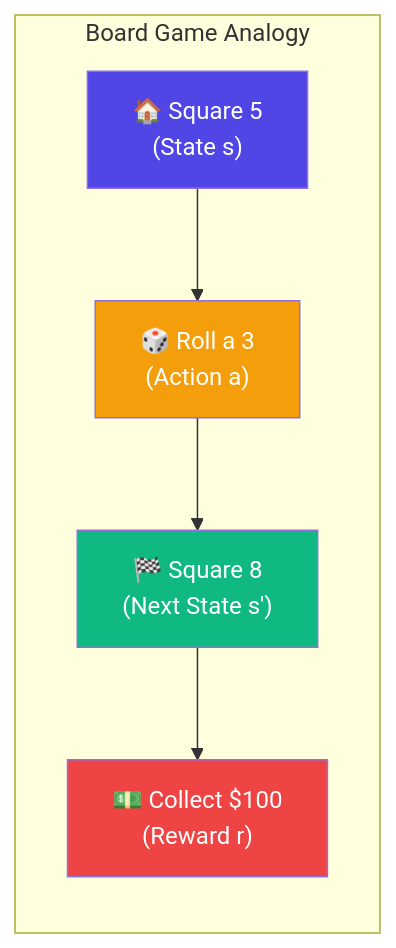
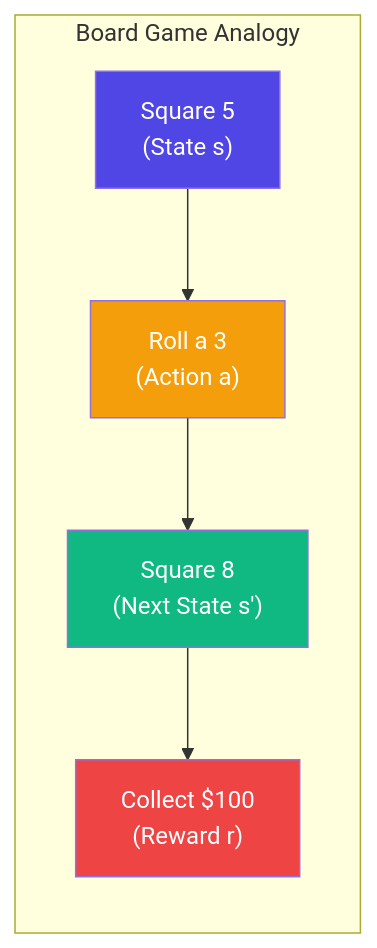
One commit to Abhijit1102/reinforcement_learning changed the sixth of 9 diagrams in 02_Markov_Decision_Process(MDPs)/README.md. Above: the diagram before and after it, drawn with Mermaid. The commit also changed other lines of this file, not shown here.

Commit message:
chapter 2 readme imporve mermaid

````diff
--- a/02_Markov_Decision_Process(MDPs)/README.md
+++ b/02_Markov_Decision_Process(MDPs)/README.md
@@ -138,20 +138,20 @@
 ```mermaid
 flowchart LR
     subgraph "Board Game Analogy"
         direction TB
 
-        Square5["🏠 Square 5<br/>(State s)"]
-        Roll["🎲 Roll a 3<br/>(Action a)"]
-        Square8["🏁 Square 8<br/>(Next State s')"]
-        Money["💵 Collect $100<br/>(Reward r)"]
+        Square5["Square 5<br/>(State s)"]
+        Roll["Roll a 3<br/>(Action a)"]
+        Square8["Square 8<br/>(Next State s')"]
+        Money["Collect $100<br/>(Reward r)"]
 
         Square5 --> Roll
         Roll --> Square8
         Square8 --> Money
     end
 
     style Square5 fill:#4f46e5,color:#fff
     style Roll fill:#f59e0b,color:#fff
     style Square8 fill:#10b981,color:#fff
     style Money fill:#ef4444,color:#fff
 ```
````
